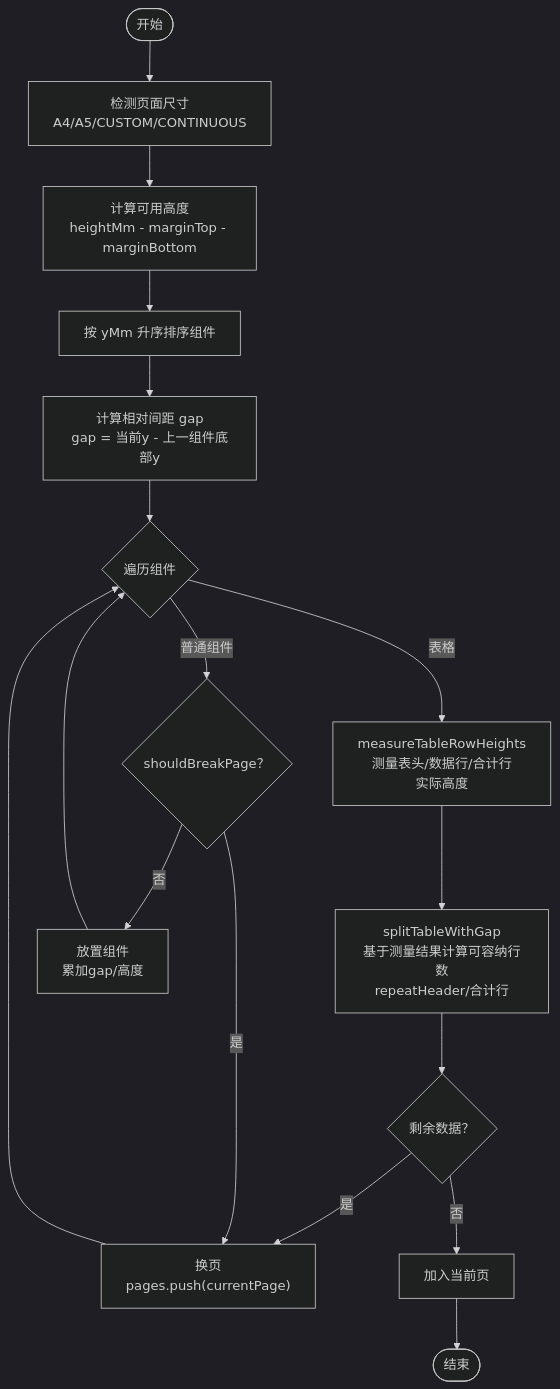
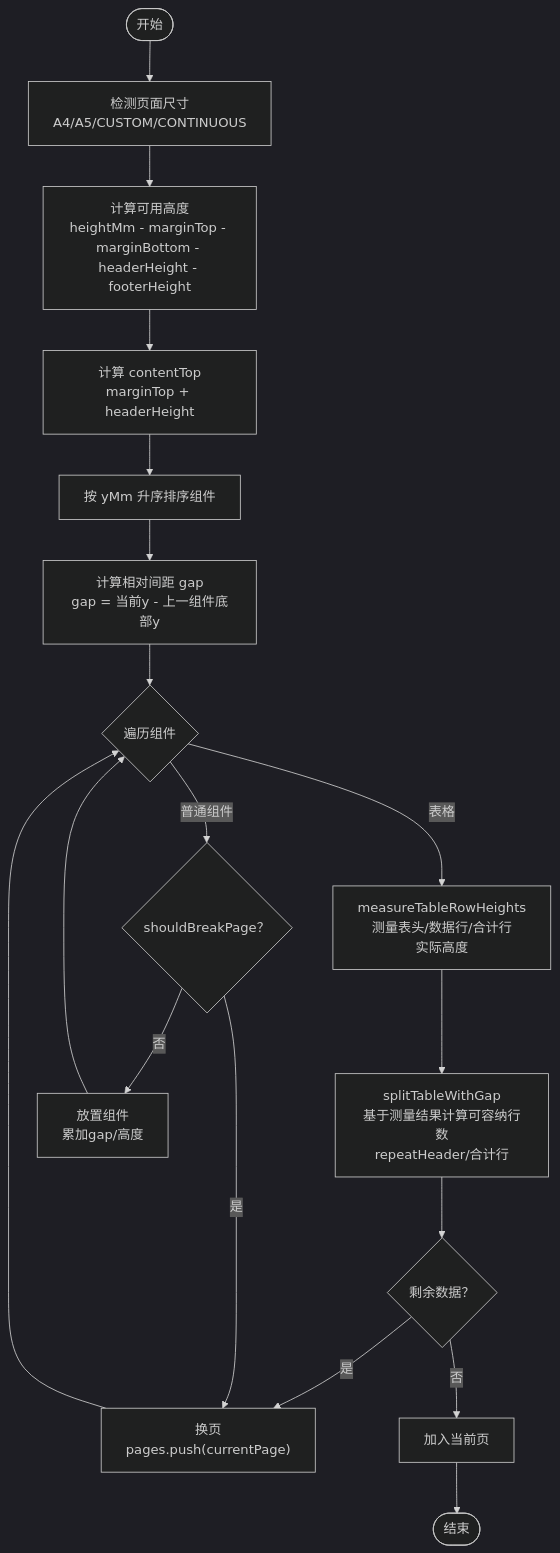
Before and after one commit to joker-yjc/printer: the third of 11 diagrams in .qoder/repowiki/zh/content/打印SDK系统/打印引擎核心.md, drawn with Mermaid (dark theme). The commit also changed other lines of this file and 16 other files, not shown here.

````diff
--- a/.qoder/repowiki/zh/content/打印SDK系统/打印引擎核心.md
+++ b/.qoder/repowiki/zh/content/打印SDK系统/打印引擎核心.md
@@ -214,19 +229,20 @@
 ```mermaid
 flowchart TD
 Start(["开始"]) --> CheckSize["检测页面尺寸<br/>A4/A5/CUSTOM/CONTINUOUS"]
-CheckSize --> Avail["计算可用高度<br/>heightMm - marginTop - marginBottom"]
-Avail --> Sort["按 yMm 升序排序组件"]
+CheckSize --> Avail["计算可用高度<br/>heightMm - marginTop - marginBottom - headerHeight - footerHeight"]
+Avail --> ContentTop["计算 contentTop<br/>marginTop + headerHeight"]
+ContentTop --> Sort["按 yMm 升序排序组件"]
 Sort --> Gap["计算相对间距 gap<br/>gap = 当前y - 上一组件底部y"]
 Gap --> Loop{"遍历组件"}
 Loop --> |表格| Measure["measureTableRowHeights<br/>测量表头/数据行/合计行<br/>实际高度"]
 Measure --> Split["splitTableWithGap<br/>基于测量结果计算可容纳行数<br/>repeatHeader/合计行"]
 Split --> Break{"剩余数据？"}
 Break --> |是| NewPage["换页<br/>pages.push(currentPage)"]
 Break --> |否| PushLast["加入当前页"]
 Loop --> |普通组件| ShouldBreak{"shouldBreakPage？"}
 ShouldBreak --> |是| NewPage
 ShouldBreak --> |否| Place["放置组件<br/>累加gap/高度"]
 Place --> Loop
 PushLast --> End(["结束"])
 NewPage --> Loop
 ```
````
